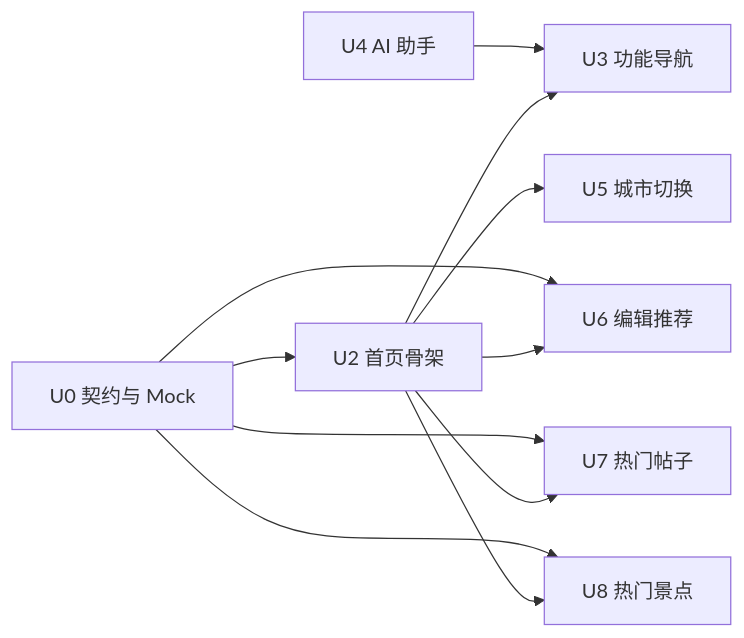
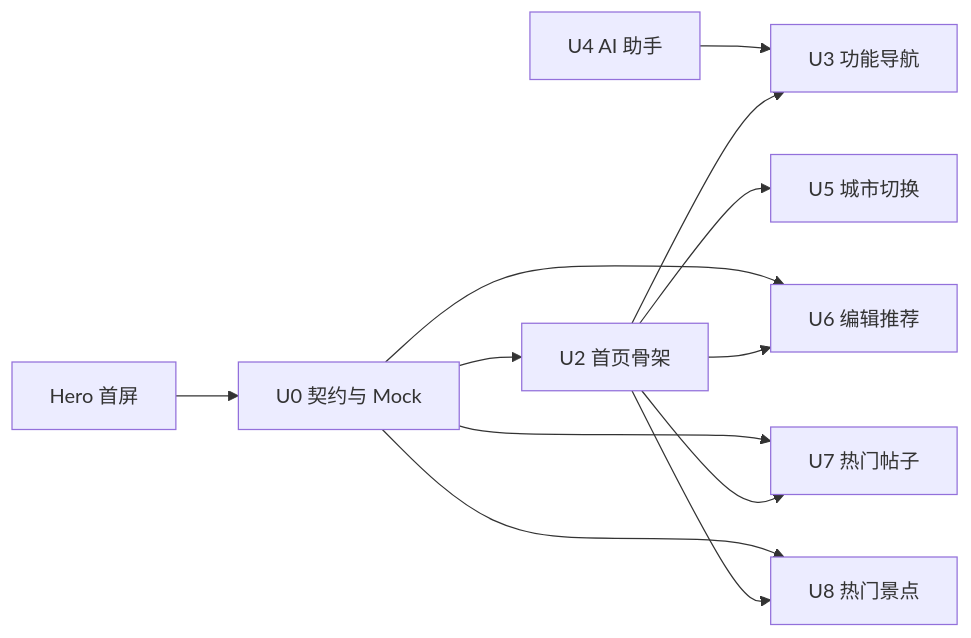
One commit to luyitiger6/my-first-project changed diagram 11 of 11 in .qoder/repowiki/zh/content/规格驱动开发/WanderChain 首页规格文档.md. Above: the diagram before and after it, drawn with Mermaid. The commit also changed other lines of this file and 11 other files, not shown here.

````diff
--- a/.qoder/repowiki/zh/content/规格驱动开发/WanderChain 首页规格文档.md
+++ b/.qoder/repowiki/zh/content/规格驱动开发/WanderChain 首页规格文档.md
@@ -319,13 +367,14 @@
 ```mermaid
 graph LR
 U0["U0 契约与 Mock"] --> U2["U2 首页骨架"]
 U0 --> U6["U6 编辑推荐"]
 U0 --> U7["U7 热门帖子"]
 U0 --> U8["U8 热门景点"]
 U4["U4 AI 助手"] --> U3["U3 功能导航"]
 U2 --> U3
 U2 --> U5["U5 城市切换"]
 U2 --> U6
 U2 --> U7
 U2 --> U8
+Hero["Hero 首屏"] --> U0
 ```
````
